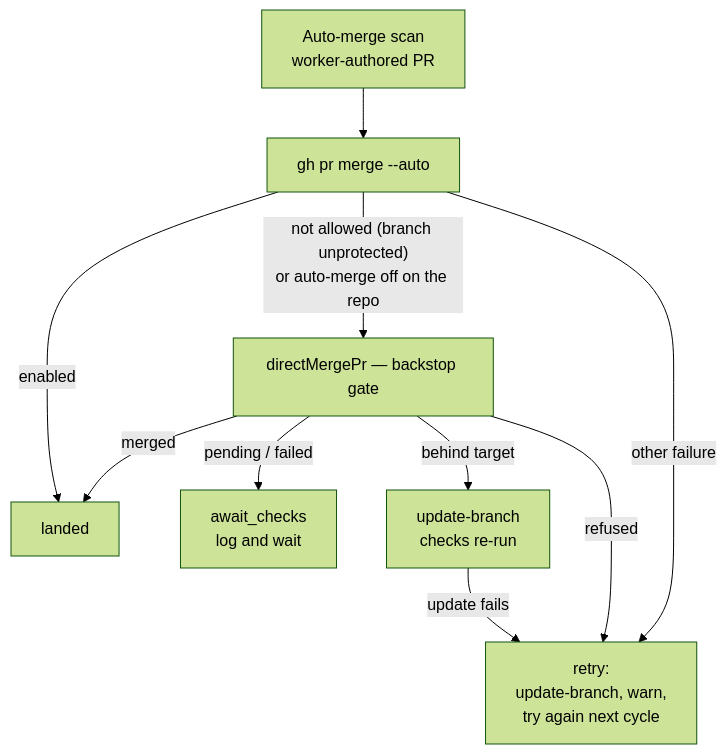
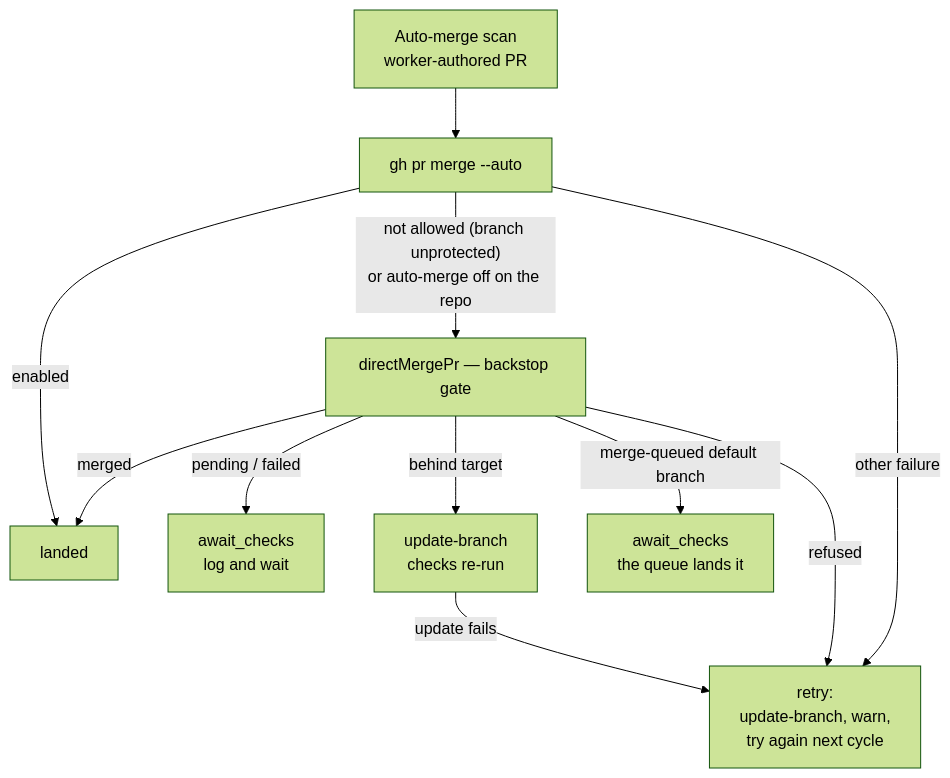
One commit to stSoftwareAU/VibeCoder changed the ninth of 11 diagrams in docs/MERGE.md. Above: the diagram before and after it, drawn with Mermaid (forest theme). The commit also changed other lines of this file and 30 other files, not shown here.

````diff
--- a/docs/MERGE.md
+++ b/docs/MERGE.md
@@ -727,12 +842,13 @@
 ```mermaid
 flowchart TD
     A[Auto-merge scan<br/>worker-authored PR] --> B[gh pr merge --auto]
     B -- enabled --> L[landed]
     B -- "not allowed (branch unprotected)<br/>or auto-merge off on the repo" --> C[directMergePr — backstop gate]
     B -- other failure --> E
     C -- merged --> L
     C -- "pending / failed" --> W[await_checks<br/>log and wait]
     C -- behind target --> U[update-branch<br/>checks re-run]
+    C -- "merge-queued default branch" --> Q[await_checks<br/>the queue lands it]
     C -- refused --> E[retry:<br/>update-branch, warn,<br/>try again next cycle]
     U -- update fails --> E
 ```
````
